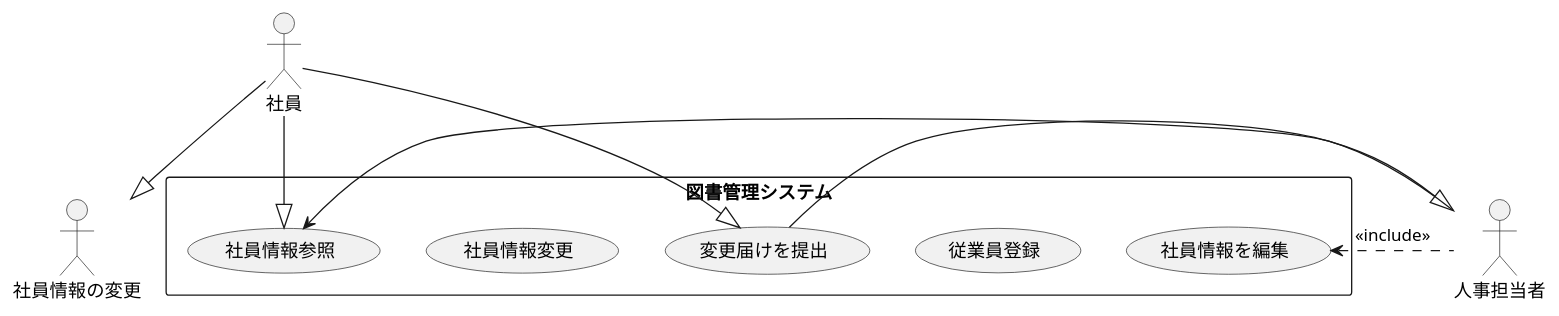
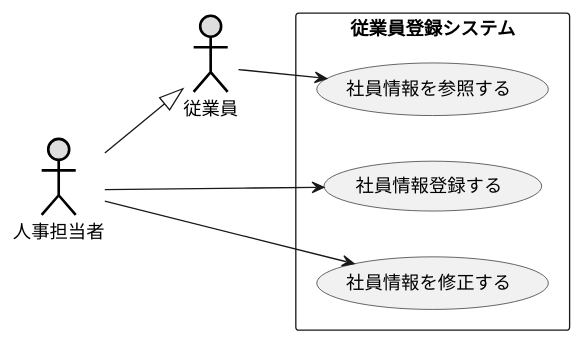
One commit to zessyou/uml-introduction changed the diagram in 演習2-6_盛岡商事_販売管理システム.pu. Above: the diagram before and after it, drawn with PlantUML. The commit also changed 1 other file, not shown here.

```diff
--- a/演習2-6_盛岡商事_販売管理システム.pu
+++ b/演習2-6_盛岡商事_販売管理システム.pu
@@ -1,18 +1,14 @@
-@startumlユースケース図
-
-actor 社員 
-actor 人事担当者
-rectangle 図書管理システム{ 
-usecase 従業員登録 
-usecase 社員情報参照 
-usecase 社員情報変更
-usecase 変更届けを提出
-usecase 社員情報を編集
+@startuml ユースケース図
+left to right direction
+actor 人事担当者 #DDDDDD;line:black;line.bold;
+actor 従業員 #DDDDDD;line:black;line.bold;
+rectangle 従業員登録システム{
+    usecase 社員情報を参照する 
+    usecase 社員情報登録する 
+    usecase 社員情報を修正する
 }
- 社員--|>社員情報の変更 
- 社員--|>社員情報参照 
- 社員--|>変更届けを提出 
- 変更届けを提出--|> 人事担当者
- 社員情報を編集<.人事担当者:<<include>>
-人事担当者 --->社員情報参照
+従業員 --> 社員情報を参照する
+人事担当者--> 社員情報を修正する
+人事担当者 --> 社員情報登録する
+人事担当者 --|> 従業員
 @enduml
```
